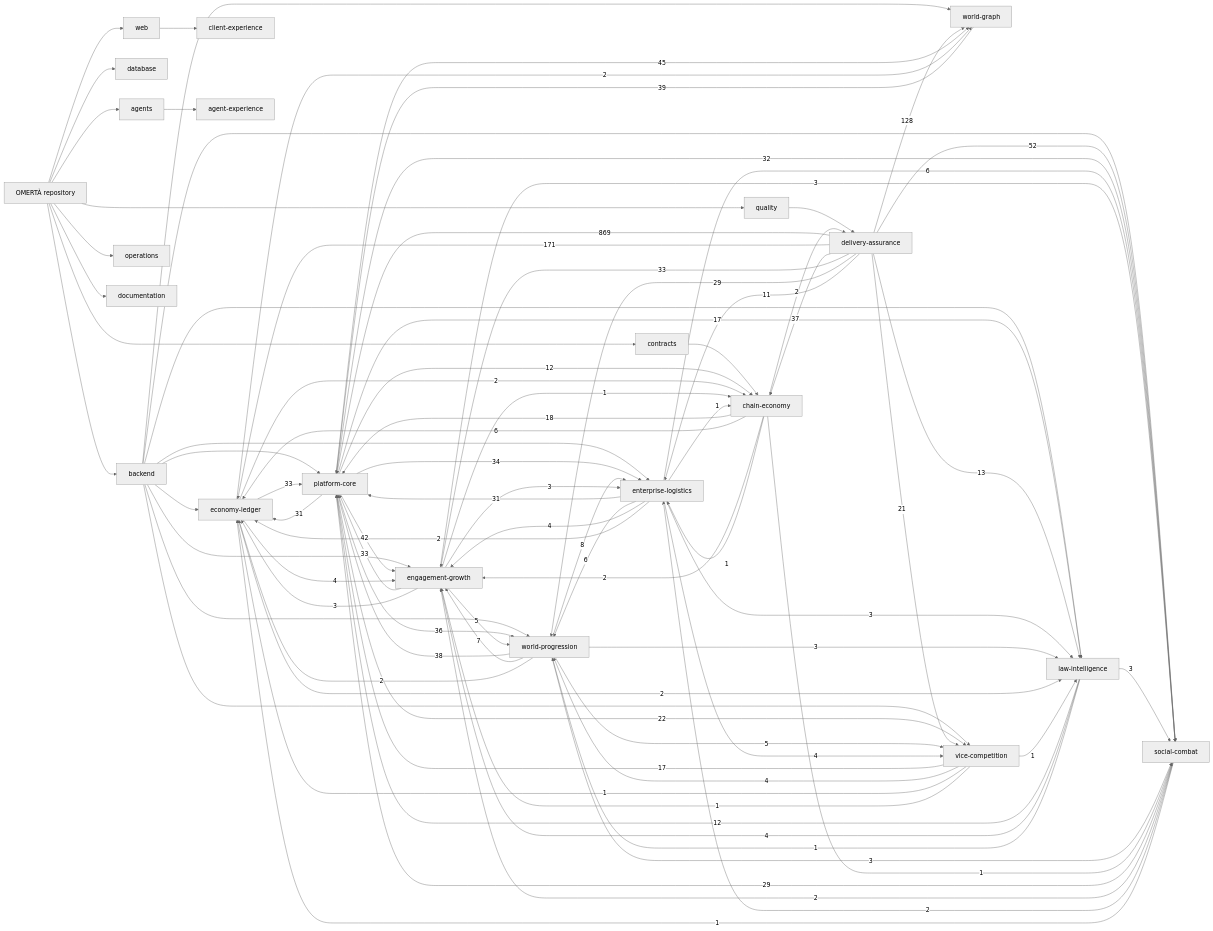
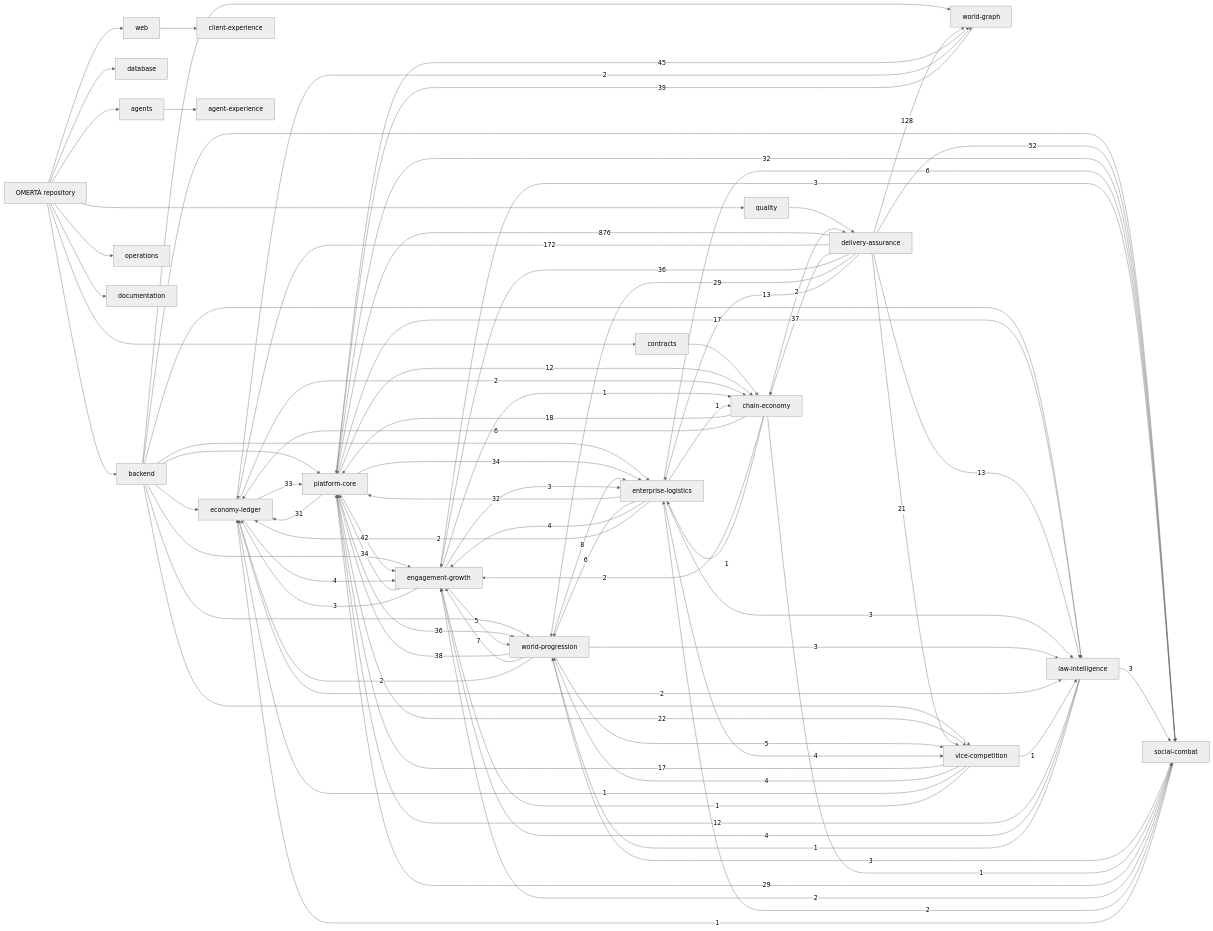
The diagram in knowledge/generated/graph.mmd (OmertaDev/Omerta), drawn with Mermaid (neutral theme) before and after one commit. The commit also changed 8 other files, not shown here.

```diff
--- a/knowledge/generated/graph.mmd
+++ b/knowledge/generated/graph.mmd
@@ -1,109 +1,109 @@
 flowchart LR
   repo["OMERTÀ repository"]
   sub_backend["backend"]
   repo --> sub_backend
   sub_database["database"]
   repo --> sub_database
   sub_web["web"]
   repo --> sub_web
   sub_contracts["contracts"]
   repo --> sub_contracts
   sub_agents["agents"]
   repo --> sub_agents
   sub_quality["quality"]
   repo --> sub_quality
   sub_operations["operations"]
   repo --> sub_operations
   sub_documentation["documentation"]
   repo --> sub_documentation
   dom_platform-core["platform-core"]
   dom_economy-ledger["economy-ledger"]
   dom_social-combat["social-combat"]
   dom_world-progression["world-progression"]
   dom_world-graph["world-graph"]
   dom_enterprise-logistics["enterprise-logistics"]
   dom_vice-competition["vice-competition"]
   dom_law-intelligence["law-intelligence"]
   dom_chain-economy["chain-economy"]
   dom_engagement-growth["engagement-growth"]
   dom_client-experience["client-experience"]
   dom_agent-experience["agent-experience"]
   dom_delivery-assurance["delivery-assurance"]
   sub_agents --> dom_agent-experience
   sub_backend --> dom_economy-ledger
   sub_backend --> dom_engagement-growth
   sub_backend --> dom_enterprise-logistics
   sub_backend --> dom_law-intelligence
   sub_backend --> dom_platform-core
   sub_backend --> dom_social-combat
   sub_backend --> dom_vice-competition
   sub_backend --> dom_world-graph
   sub_backend --> dom_world-progression
   sub_contracts --> dom_chain-economy
   sub_quality --> dom_delivery-assurance
   sub_web --> dom_client-experience
-  dom_delivery-assurance -->|869| dom_platform-core
-  dom_delivery-assurance -->|171| dom_economy-ledger
+  dom_delivery-assurance -->|876| dom_platform-core
+  dom_delivery-assurance -->|172| dom_economy-ledger
   dom_delivery-assurance -->|128| dom_world-graph
   dom_delivery-assurance -->|52| dom_social-combat
   dom_platform-core -->|45| dom_world-graph
   dom_platform-core -->|42| dom_engagement-growth
   dom_world-graph -->|39| dom_platform-core
   dom_world-progression -->|38| dom_platform-core
   dom_delivery-assurance -->|37| dom_chain-economy
+  dom_delivery-assurance -->|36| dom_engagement-growth
   dom_platform-core -->|36| dom_world-progression
+  dom_engagement-growth -->|34| dom_platform-core
   dom_platform-core -->|34| dom_enterprise-logistics
-  dom_delivery-assurance -->|33| dom_engagement-growth
   dom_economy-ledger -->|33| dom_platform-core
-  dom_engagement-growth -->|33| dom_platform-core
+  dom_enterprise-logistics -->|32| dom_platform-core
   dom_platform-core -->|32| dom_social-combat
-  dom_enterprise-logistics -->|31| dom_platform-core
   dom_platform-core -->|31| dom_economy-ledger
   dom_delivery-assurance -->|29| dom_world-progression
   dom_social-combat -->|29| dom_platform-core
   dom_platform-core -->|22| dom_vice-competition
   dom_delivery-assurance -->|21| dom_vice-competition
   dom_chain-economy -->|18| dom_platform-core
   dom_platform-core -->|17| dom_law-intelligence
   dom_vice-competition -->|17| dom_platform-core
+  dom_delivery-assurance -->|13| dom_enterprise-logistics
   dom_delivery-assurance -->|13| dom_law-intelligence
   dom_law-intelligence -->|12| dom_platform-core
   dom_platform-core -->|12| dom_chain-economy
-  dom_delivery-assurance -->|11| dom_enterprise-logistics
   dom_world-progression -->|8| dom_enterprise-logistics
   dom_world-progression -->|7| dom_engagement-growth
   dom_chain-economy -->|6| dom_economy-ledger
   dom_enterprise-logistics -->|6| dom_social-combat
   dom_enterprise-logistics -->|6| dom_world-progression
   dom_engagement-growth -->|5| dom_world-progression
   dom_world-progression -->|5| dom_vice-competition
   dom_economy-ledger -->|4| dom_engagement-growth
   dom_enterprise-logistics -->|4| dom_engagement-growth
   dom_enterprise-logistics -->|4| dom_vice-competition
   dom_law-intelligence -->|4| dom_engagement-growth
   dom_vice-competition -->|4| dom_world-progression
   dom_engagement-growth -->|3| dom_economy-ledger
   dom_engagement-growth -->|3| dom_enterprise-logistics
   dom_engagement-growth -->|3| dom_social-combat
   dom_enterprise-logistics -->|3| dom_law-intelligence
   dom_law-intelligence -->|3| dom_social-combat
   dom_world-progression -->|3| dom_law-intelligence
   dom_world-progression -->|3| dom_social-combat
   dom_chain-economy -->|2| dom_delivery-assurance
   dom_chain-economy -->|2| dom_engagement-growth
   dom_economy-ledger -->|2| dom_chain-economy
   dom_economy-ledger -->|2| dom_law-intelligence
   dom_economy-ledger -->|2| dom_world-graph
   dom_enterprise-logistics -->|2| dom_economy-ledger
   dom_social-combat -->|2| dom_engagement-growth
   dom_social-combat -->|2| dom_enterprise-logistics
   dom_world-progression -->|2| dom_economy-ledger
   dom_chain-economy -->|1| dom_enterprise-logistics
   dom_chain-economy -->|1| dom_social-combat
   dom_engagement-growth -->|1| dom_chain-economy
   dom_enterprise-logistics -->|1| dom_chain-economy
   dom_law-intelligence -->|1| dom_world-progression
   dom_social-combat -->|1| dom_economy-ledger
   dom_vice-competition -->|1| dom_economy-ledger
   dom_vice-competition -->|1| dom_engagement-growth
   dom_vice-competition -->|1| dom_law-intelligence
```
